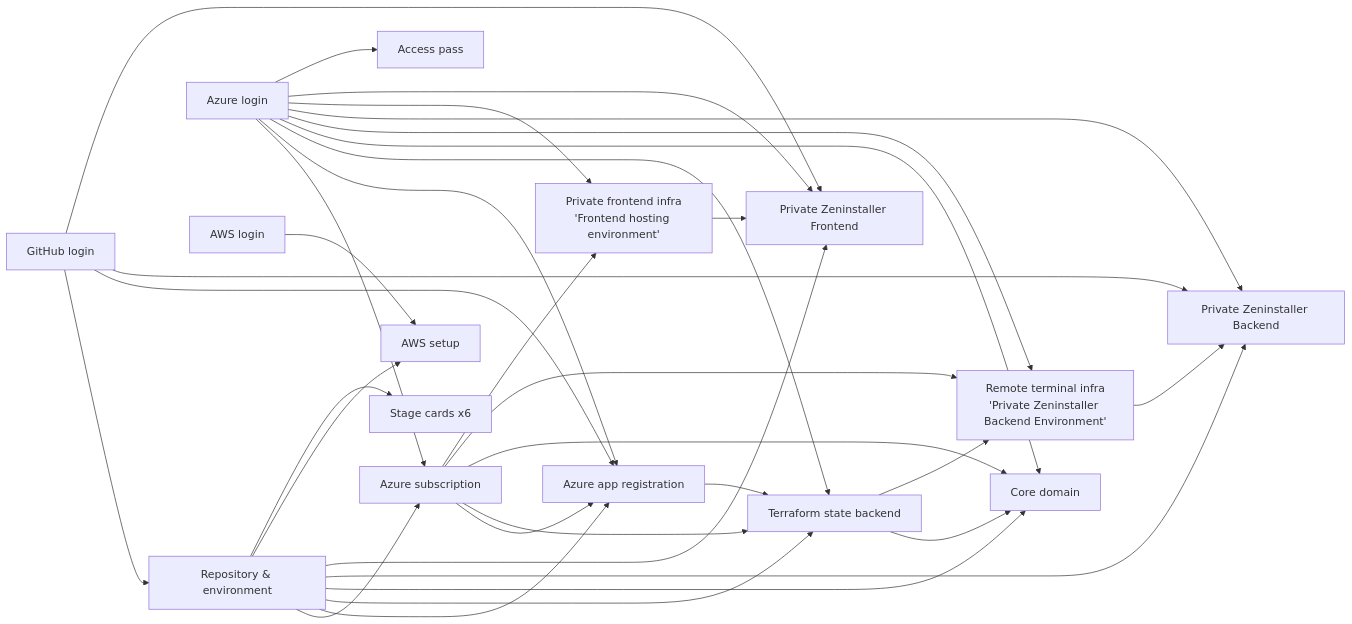
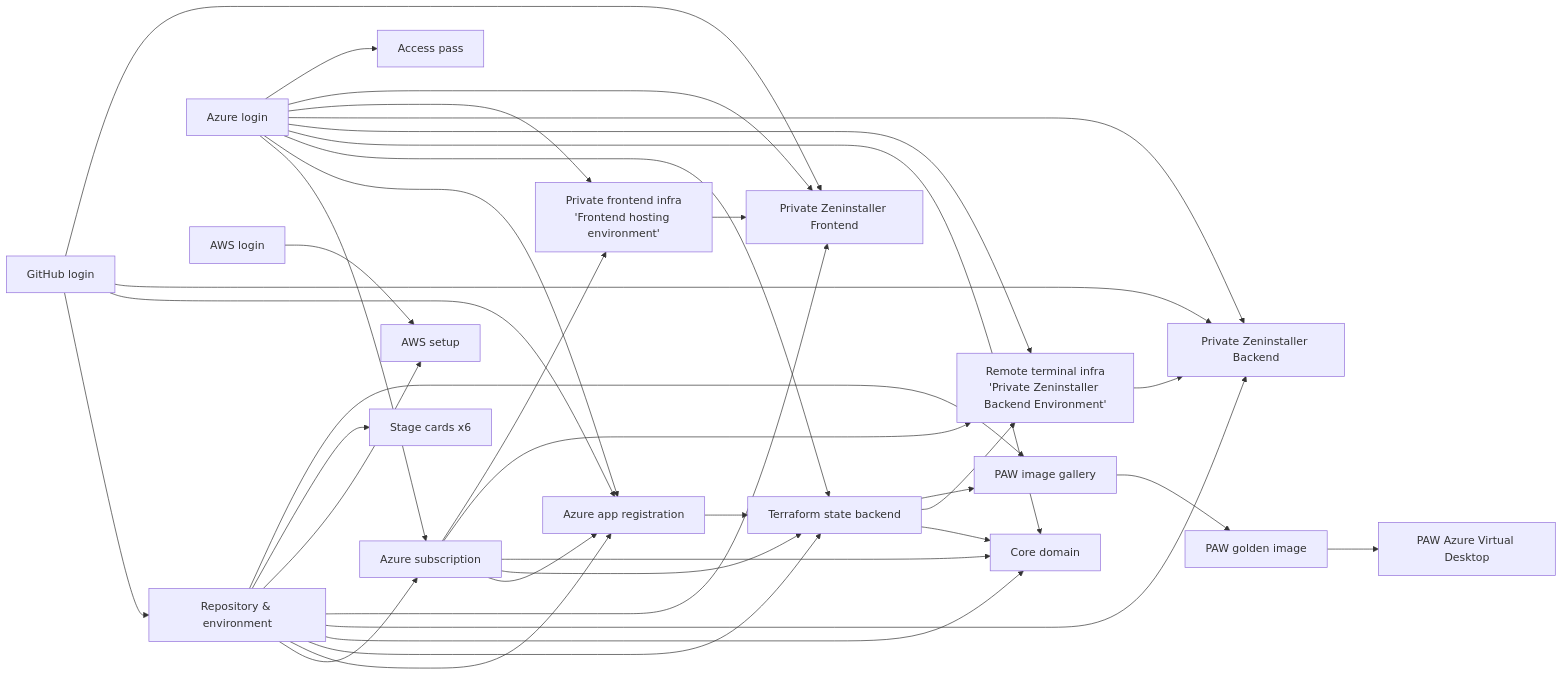
Before and after one commit to ZenMe-AU/ZenbloxCore: the fifth of 9 diagrams in zeninstallerPvt/ui/UI_UX.md, drawn with Mermaid. The commit also changed other lines of this file and 25 other files, not shown here.

````diff
--- a/zeninstallerPvt/ui/UI_UX.md
+++ b/zeninstallerPvt/ui/UI_UX.md
@@ -160,51 +160,58 @@
 ```mermaid
 flowchart LR
   gh[GitHub login]
   repo[Repository & environment]
   az[Azure login]
   sub[Azure subscription]
   app[Azure app registration]
   core[Terraform state backend]
   dom[Core domain]
   rt[Remote terminal infra<br/>'Private Zeninstaller Backend Environment']
   be[Private Zeninstaller Backend]
   fe[Private frontend infra<br/>'Frontend hosting environment']
   web[Private Zeninstaller Frontend]
   aws[AWS login]
   awss[AWS setup]
   stages[Stage cards x6]
+  gallery[PAW image gallery]
+  image[PAW golden image]
+  paw[PAW Azure Virtual Desktop]
   ap[Access pass]
 
   gh --> repo
   repo --> sub
   az --> sub
   gh --> app
   az --> app
   repo --> app
   sub --> app
   az --> core
   repo --> core
   sub --> core
   app --> core
   az --> dom
   repo --> dom
   sub --> dom
   core --> dom
   az --> rt
   sub --> rt
   core --> rt
   gh --> be
   repo --> be
   az --> be
   rt --> be
   az --> fe
   sub --> fe
   gh --> web
   repo --> web
   az --> web
   fe --> web
   aws --> awss
   repo --> awss
   repo --> stages
+  repo --> gallery
+  core --> gallery
+  gallery --> image
+  image --> paw
   az --> ap
 ```
````
